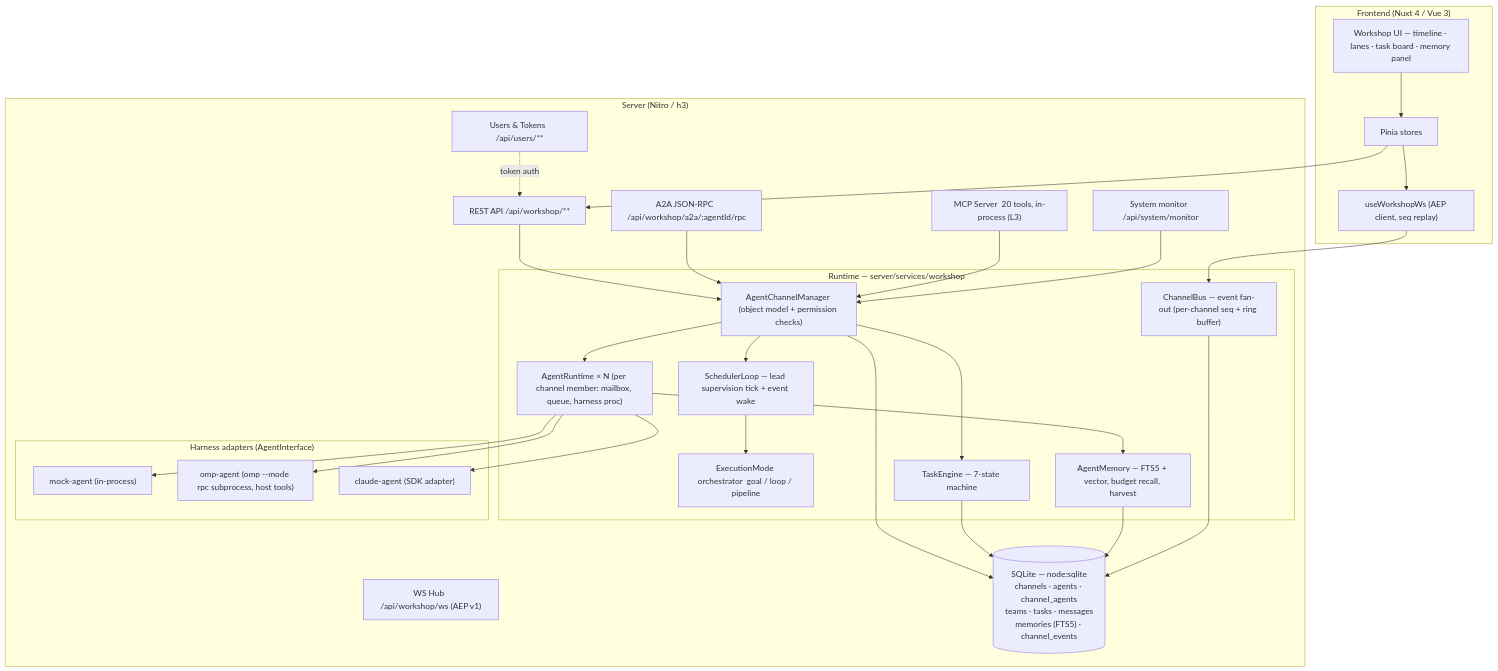
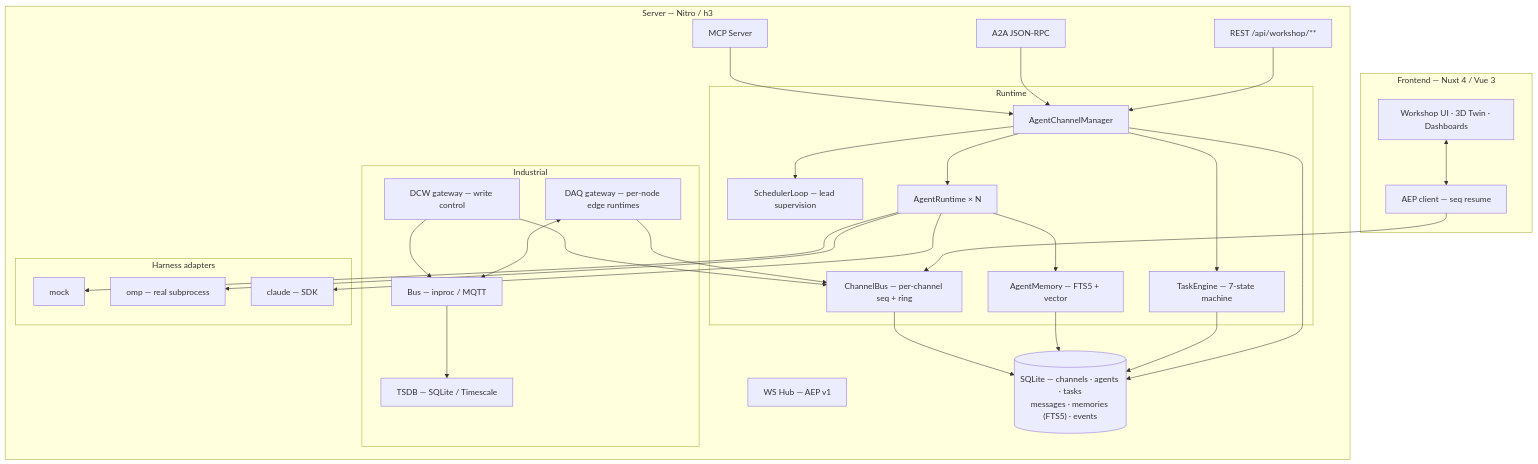
One commit to kingdol666/AgentWorkShop changed the diagram in README.md. Above: the diagram before and after it, drawn with Mermaid. The commit also changed other lines of this file and 112 other files, not shown here.

````diff
--- a/README.md
+++ b/README.md
@@ -291,54 +112,44 @@
 ```mermaid
 flowchart TB
-    subgraph FE["Frontend (Nuxt 4 / Vue 3)"]
-        UI["Workshop UI — timeline · lanes · task board · memory panel"]
-        STORES["Pinia stores"]
-        WS["useWorkshopWs (AEP client, seq replay)"]
+    subgraph FE["Frontend — Nuxt 4 / Vue 3"]
+        UI["Workshop UI · 3D Twin · Dashboards"]
+        WS["AEP client — seq resume"]
     end
-
-    subgraph SRV["Server (Nitro / h3)"]
-        REST["REST API  /api/workshop/**"]
-        WSHUB["WS Hub  /api/workshop/ws (AEP v1)"]
-        A2A["A2A JSON-RPC  /api/workshop/a2a/:agentId/rpc"]
-        MCP["MCP Server  20 tools, in-process (L3)"]
-        USR["Users & Tokens  /api/users/**"]
-        MON["System monitor  /api/system/monitor"]
-
-        subgraph RT["Runtime — server/services/workshop"]
-            MGR["AgentChannelManager (object model + permission checks)"]
-            SCH["SchedulerLoop — lead supervision tick + event wake"]
-            MODE["ExecutionMode orchestrator  goal / loop / pipeline"]
+    subgraph SRV["Server — Nitro / h3"]
+        REST["REST /api/workshop/**"]
+        HUB["WS Hub — AEP v1"]
+        A2A["A2A JSON-RPC"]
+        MCP["MCP Server"]
+        subgraph RT["Runtime"]
+            MGR["AgentChannelManager"]
+            SCH["SchedulerLoop — lead supervision"]
             TE["TaskEngine — 7-state machine"]
-            AR["AgentRuntime × N (per channel member: mailbox, queue, harness proc)"]
-            MEM["AgentMemory — FTS5 + vector, budget recall, harvest"]
-            BUS["ChannelBus — event fan-out (per-channel seq + ring buffer)"]
+            AR["AgentRuntime × N"]
+            MEM["AgentMemory — FTS5 + vector"]
+            BUS["ChannelBus — per-channel seq + ring"]
         end
-
-        subgraph HB["Harness adapters (AgentInterface)"]
-            MOCK["mock-agent (in-process)"]
-            OMP["omp-agent (omp --mode rpc subprocess, host tools)"]
-            CLD["claude-agent (SDK adapter)"]
+        subgraph IND["Industrial"]
+            DAQ["DAQ gateway — per-node edge runtimes"]
+            DCW["DCW gateway — write control"]
+            BR["Bus — inproc / MQTT"]
+            TSDB["TSDB — SQLite / Timescale"]
         end
-
-        DB[("SQLite — node:sqlite\nchannels · agents · channel_agents\nteams · tasks · messages\nmemories (FTS5) · channel_events")]
+        subgraph HB["Harness adapters"]
+            MOCK["mock"]
+            OMP["omp — real subprocess"]
+            CLD["claude — SDK"]
+        end
+        DB[("SQLite — channels · agents · tasks
+messages · memories (FTS5) · events")]
     end
-
-    UI --> STORES --> WS
-    STORES --> REST
+    UI <--> WS
     WS --> BUS
-    REST --> MGR
-    A2A --> MGR
-    MCP --> MGR
-    USR -.token auth.-> REST
-    MON --> MGR
-    MGR --> SCH
-    SCH --> MODE
-    MGR --> TE
-    MGR --> AR
+    REST & A2A & MCP --> MGR
+    MGR --> SCH & TE & AR
     AR --> MEM
     AR --> MOCK & OMP & CLD
-    MGR --> DB
-    TE --> DB
-    MEM --> DB
-    BUS --> DB
+    MGR & TE & MEM & BUS --> DB
+    DAQ <--> BR --> TSDB
+    DCW --> BR
+    DAQ & DCW --> BUS
 ```
````
